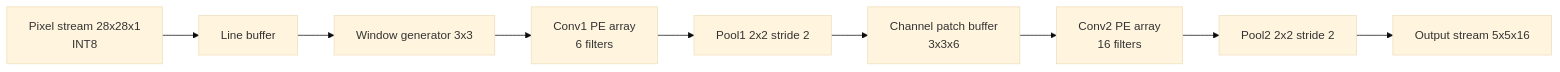
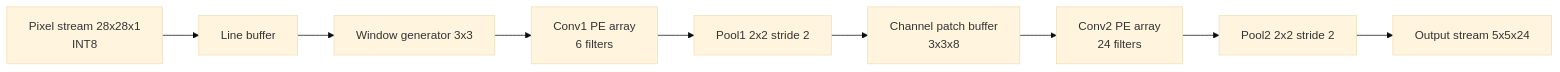
One commit to ThaoVVPTIT/Group4 changed the first of 4 diagrams in README.md. Above: the diagram before and after it, drawn with Mermaid (base theme). The commit also changed other lines of this file, not shown here.

````diff
--- a/README.md
+++ b/README.md
@@ -42,11 +42,11 @@
 ```mermaid
 flowchart LR
     IN[Pixel stream 28x28x1\nINT8] --> LB[Line buffer]
     LB --> WG[Window generator 3x3]
     WG --> C1[Conv1 PE array\n6 filters]
     C1 --> P1[Pool1 2x2 stride 2]
-    P1 --> CPB[Channel patch buffer\n3x3x6]
-    CPB --> C2[Conv2 PE array\n16 filters]
+    P1 --> CPB[Channel patch buffer\n3x3x8]
+    CPB --> C2[Conv2 PE array\n24 filters]
     C2 --> P2[Pool2 2x2 stride 2]
-    P2 --> OUT[Output stream 5x5x16]
+    P2 --> OUT[Output stream 5x5x24]
 ```
````
